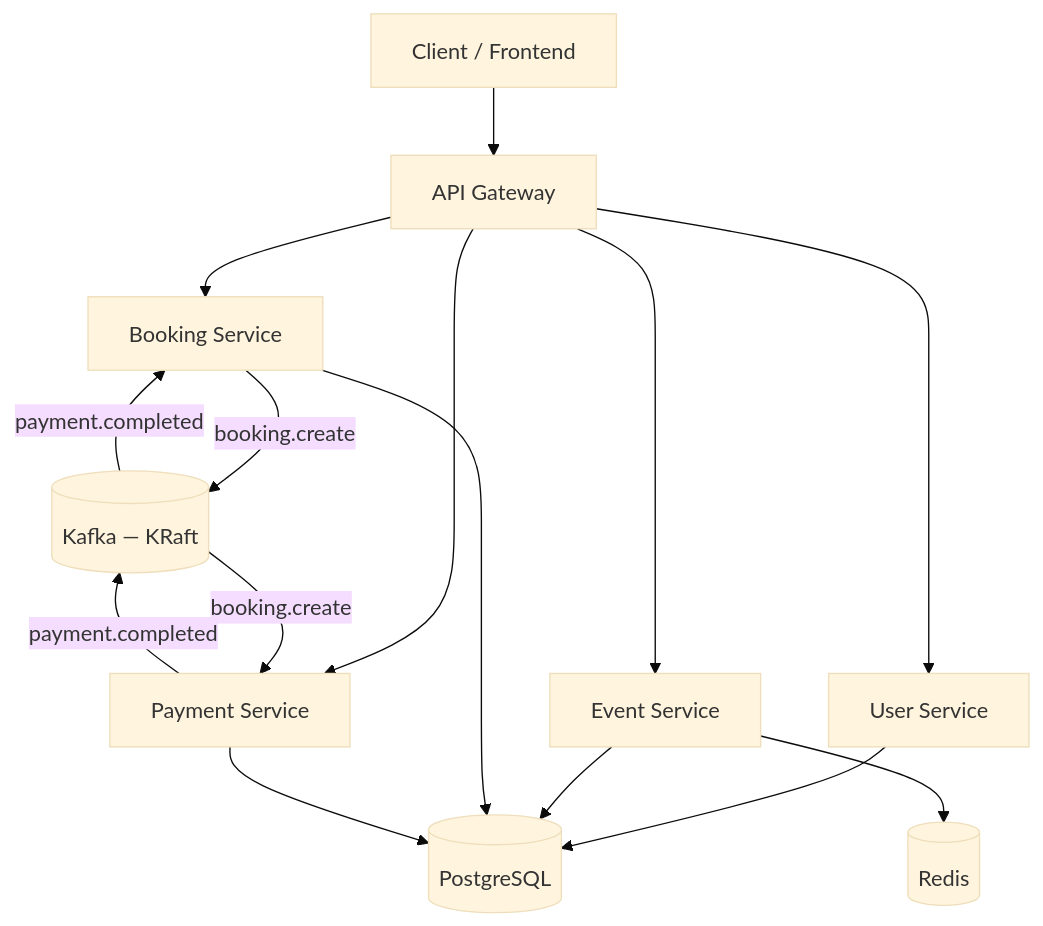
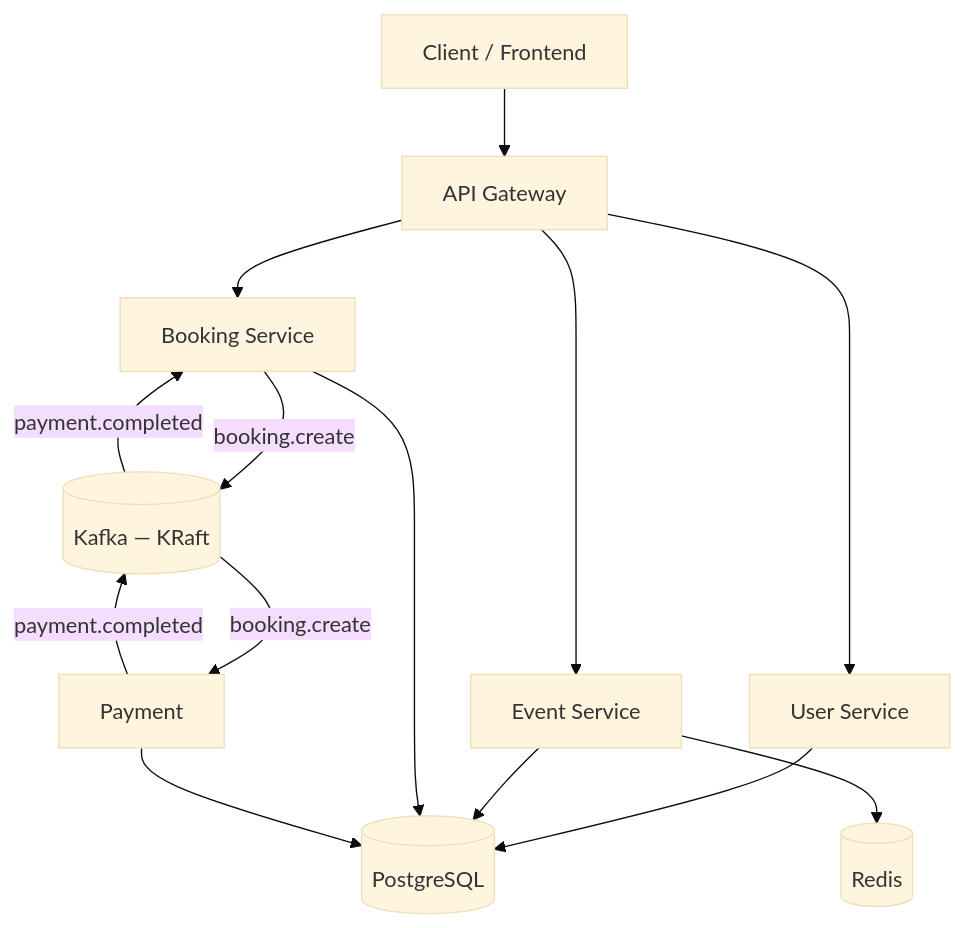
Before and after one commit to Event-ticket-system-management/event-ticketing-infrastructure: the first of 2 diagrams in README.md, drawn with Mermaid (base theme). The commit also changed other lines of this file, not shown here.

````diff
--- a/README.md
+++ b/README.md
@@ -28,17 +30,17 @@
 ```mermaid
 flowchart TB
     Client[Client / Frontend] --> Gateway[API Gateway]
     Gateway --> User[User Service]
     Gateway --> Event[Event Service]
     Gateway --> Booking[Booking Service]
-    Gateway --> Payment[Payment Service]
+    %% Payment Service consumes booking events from Kafka; no direct Gateway route is verified
     Booking -->|booking.create| Kafka[(Kafka — KRaft)]
     Kafka -->|booking.create| Payment
     Payment -->|payment.completed| Kafka
     Kafka -->|payment.completed| Booking
     User --> PG[(PostgreSQL)]
     Event --> PG
     Booking --> PG
     Payment --> PG
     Event --> Redis[(Redis)]
 ```
````
